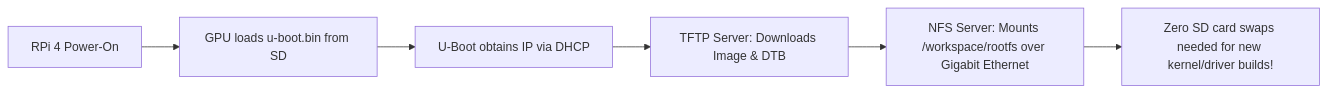
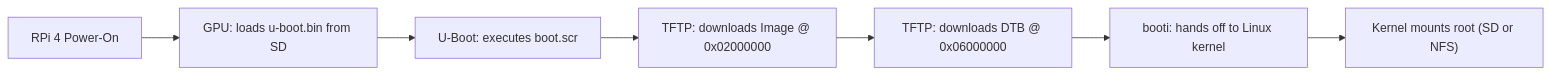
The second of 4 diagrams in docs/raspi4/manual_boot_guide.md (solitontech/arm-embedded-linux-lab), drawn with Mermaid before and after one commit. The commit also changed other lines of this file, not shown here.

First line of the commit message:
docs(raspi4): add BusyBox NFS rootfs and EEPROM netboot guide

````diff
--- a/docs/raspi4/manual_boot_guide.md
+++ b/docs/raspi4/manual_boot_guide.md
@@ -405,8 +405,9 @@
 ```mermaid
 flowchart LR
-    A["RPi 4 Power-On"] --> B["GPU loads u-boot.bin from SD"]
-    B --> C["U-Boot obtains IP via DHCP"]
-    C --> D["TFTP Server: Downloads Image & DTB"]
-    D --> E["NFS Server: Mounts /workspace/rootfs over Gigabit Ethernet"]
-    E --> F["Zero SD card swaps needed for new kernel/driver builds!"]
+    A["RPi 4 Power-On"] --> B["GPU: loads u-boot.bin from SD"]
+    B --> C["U-Boot: executes boot.scr"]
+    C --> D["TFTP: downloads Image @ 0x02000000"]
+    D --> E["TFTP: downloads DTB @ 0x06000000"]
+    E --> F["booti: hands off to Linux kernel"]
+    F --> G["Kernel mounts root (SD or NFS)"]
 ```
````
